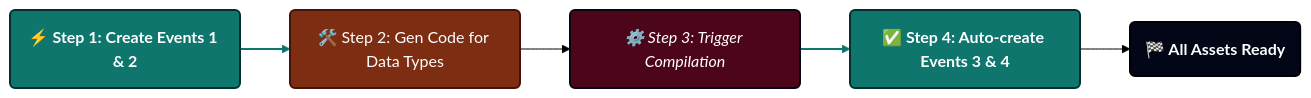
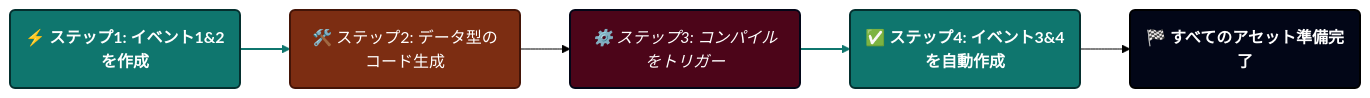
Before and after one commit to tinygiants-tech/TinyGiants: the fourth of 4 diagrams in i18n/ja/docusaurus-plugin-content-docs/current/game-event-system/visual-workflow/game-event-creator.md, drawn with Mermaid (forest theme). The commit also changed other lines of this file and 81 other files, not shown here.

````diff
--- a/i18n/ja/docusaurus-plugin-content-docs/current/game-event-system/visual-workflow/game-event-creator.md
+++ b/i18n/ja/docusaurus-plugin-content-docs/current/game-event-system/visual-workflow/game-event-creator.md
@@ -379,21 +375,21 @@
 ```mermaid
 graph LR
-    %% 样式定义：沿用深色系统
+    %% スタイル定義：ダークシステムに沿って
     classDef instant fill:#0f766e,stroke:#042f2e,stroke-width:2px,color:#ffffff,font-weight:bold
     classDef warning fill:#7c2d12,stroke:#431407,stroke-width:2px,color:#ffffff
     classDef wait fill:#4c0519,stroke:#020617,stroke-width:2px,color:#ffffff,font-style:italic
     classDef system fill:#020617,stroke:#000000,stroke-width:2px,color:#ffffff,font-weight:bold
 
-    %% 流程逻辑
-    A(⚡ Step 1: Create Events 1 & 2):::instant --> B(🛠️ Step 2: Gen Code for Data Types):::warning
+    %% フローロジック
+    A(⚡ ステップ1: イベント1&2を作成):::instant --> B(🛠️ ステップ2: データ型のコード生成):::warning
     
-    B --> C(⚙️ Step 3: Trigger Compilation):::wait
+    B --> C(⚙️ ステップ3: コンパイルをトリガー):::wait
     
-    C --> D(✅ Step 4: Auto-create Events 3 & 4):::instant
+    C --> D(✅ ステップ4: イベント3&4を自動作成):::instant
     
-    D --> E(🏁 All Assets Ready):::system
+    D --> E(🏁 すべてのアセット準備完了):::system
 
-    %% 提示说明 (可选)
+    %% ヒント説明(オプション)
     linkStyle 0 stroke:#0f766e,stroke-width:2px
     linkStyle 2 stroke:#0f766e,stroke-width:2px
 ```
````
